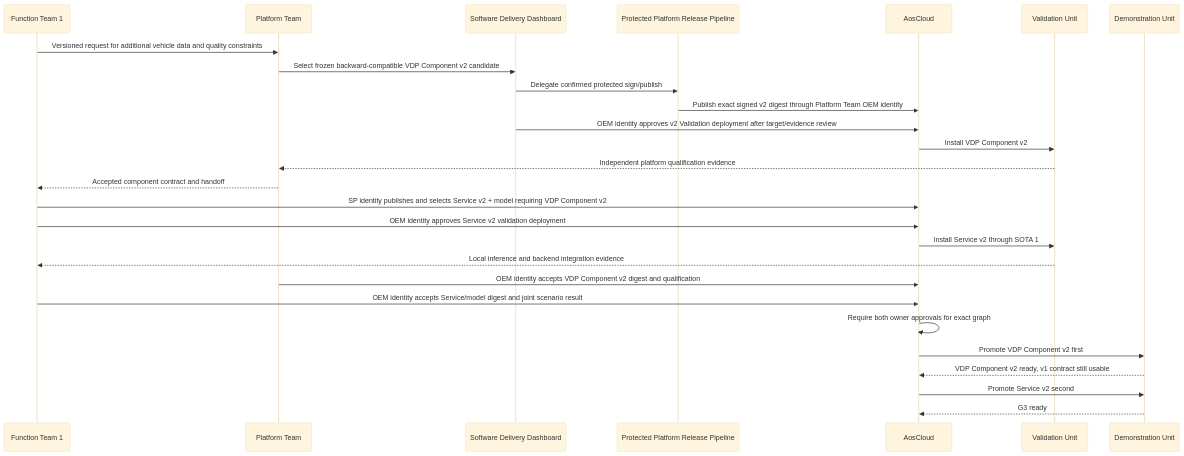
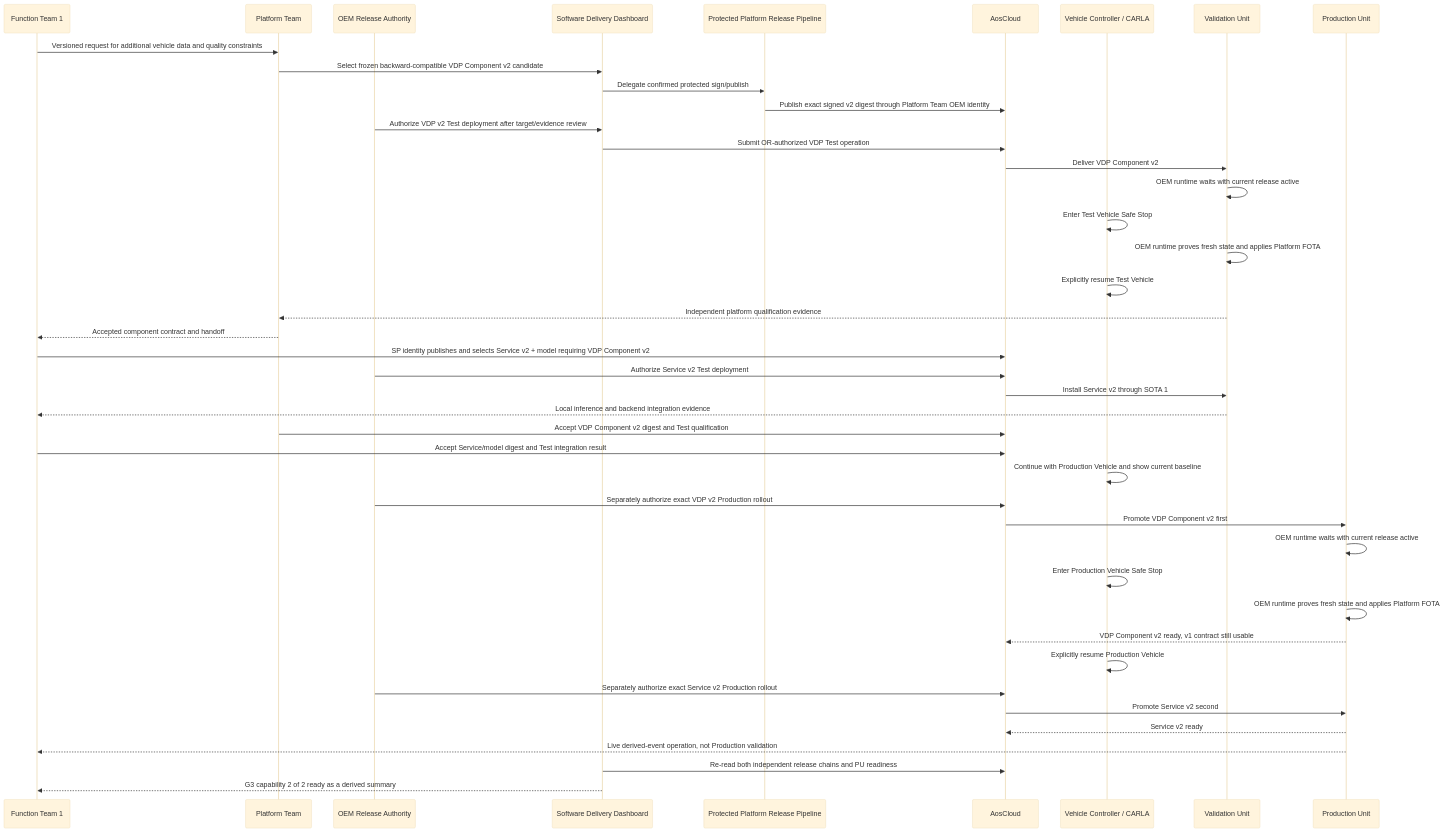
One commit to alexmaninblack/aosedge-sdv-demo changed diagram 13 of 22 in docs/architecture/demo-scenario-architecture-flows.md. Above: the diagram before and after it, drawn with Mermaid (base theme). The commit also changed other lines of this file and 176 other files, not shown here.

````diff
--- a/docs/architecture/demo-scenario-architecture-flows.md
+++ b/docs/architecture/demo-scenario-architecture-flows.md
@@ -814,30 +861,46 @@
 ```mermaid
 sequenceDiagram
     participant FT1 as Function Team 1
     participant PT as Platform Team
+    participant OR as OEM Release Authority
     participant SD as Software Delivery Dashboard
     participant PP as Protected Platform Release Pipeline
     participant AC as AosCloud
+    participant VC as Vehicle Controller / CARLA
     participant VU as Validation Unit
-    participant DU as Demonstration Unit
+    participant PU as Production Unit
 
     FT1->>PT: Versioned request for additional vehicle data and quality constraints
     PT->>SD: Select frozen backward-compatible VDP Component v2 candidate
     SD->>PP: Delegate confirmed protected sign/publish
     PP->>AC: Publish exact signed v2 digest through Platform Team OEM identity
-    SD->>AC: OEM identity approves v2 Validation deployment after target/evidence review
-    AC->>VU: Install VDP Component v2
+    OR->>SD: Authorize VDP v2 Test deployment after target/evidence review
+    SD->>AC: Submit OR-authorized VDP Test operation
+    AC->>VU: Deliver VDP Component v2
+    VU->>VU: OEM runtime waits with current release active
+    VC->>VC: Enter Test Vehicle Safe Stop
+    VU->>VU: OEM runtime proves fresh state and applies Platform FOTA
+    VC->>VC: Explicitly resume Test Vehicle
     VU-->>PT: Independent platform qualification evidence
     PT-->>FT1: Accepted component contract and handoff
     FT1->>AC: SP identity publishes and selects Service v2 + model requiring VDP Component v2
-    FT1->>AC: OEM identity approves Service v2 validation deployment
+    OR->>AC: Authorize Service v2 Test deployment
     AC->>VU: Install Service v2 through SOTA 1
     VU-->>FT1: Local inference and backend integration evidence
-    PT->>AC: OEM identity accepts VDP Component v2 digest and qualification
-    FT1->>AC: OEM identity accepts Service/model digest and joint scenario result
-    AC->>AC: Require both owner approvals for exact graph
-    AC->>DU: Promote VDP Component v2 first
-    DU-->>AC: VDP Component v2 ready, v1 contract still usable
-    AC->>DU: Promote Service v2 second
-    DU-->>AC: G3 ready
+    PT->>AC: Accept VDP Component v2 digest and Test qualification
+    FT1->>AC: Accept Service/model digest and Test integration result
+    VC->>VC: Continue with Production Vehicle and show current baseline
+    OR->>AC: Separately authorize exact VDP v2 Production rollout
+    AC->>PU: Promote VDP Component v2 first
+    PU->>PU: OEM runtime waits with current release active
+    VC->>VC: Enter Production Vehicle Safe Stop
+    PU->>PU: OEM runtime proves fresh state and applies Platform FOTA
+    PU-->>AC: VDP Component v2 ready, v1 contract still usable
+    VC->>VC: Explicitly resume Production Vehicle
+    OR->>AC: Separately authorize exact Service v2 Production rollout
+    AC->>PU: Promote Service v2 second
+    PU-->>AC: Service v2 ready
+    PU-->>FT1: Live derived-event operation, not Production validation
+    SD->>AC: Re-read both independent release chains and PU readiness
+    SD-->>FT1: G3 capability 2 of 2 ready as a derived summary
 ```
````
